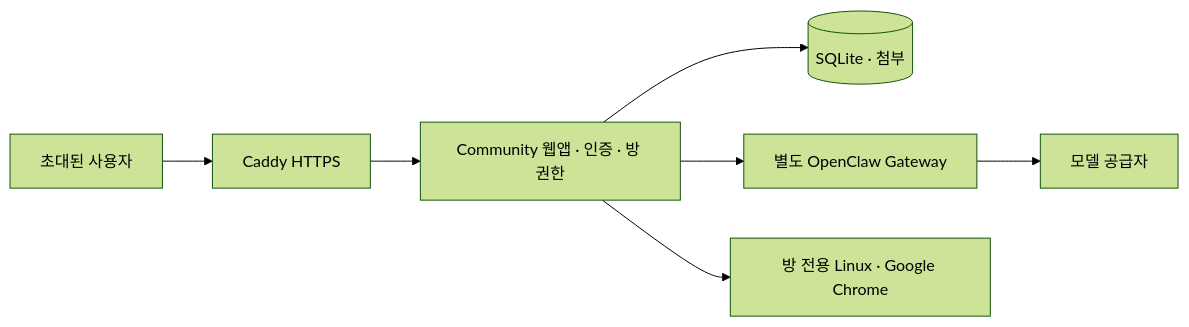
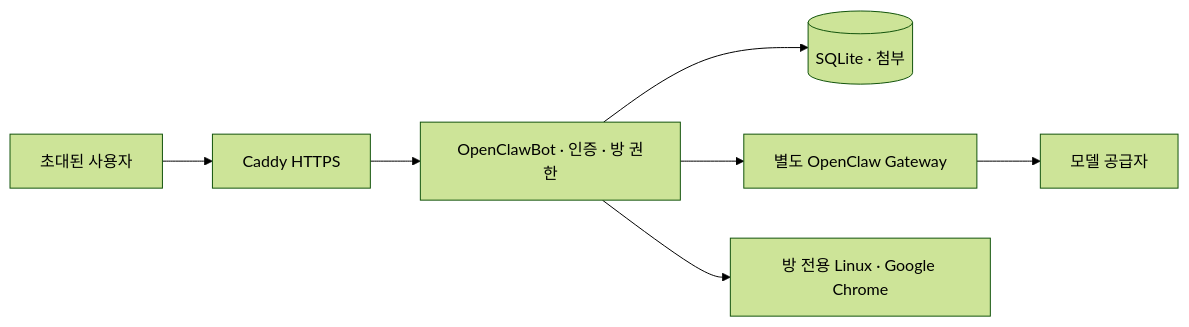
The diagram in README.md (minwoo19930301/OpenClawBot), drawn with Mermaid (forest theme) before and after one commit. The commit also changed other lines of this file, not shown here.

Commit message:
docs: showcase OpenClawBot with live screenshots

````diff
--- a/README.md
+++ b/README.md
@@ -31,9 +52,9 @@
 ```mermaid
 flowchart LR
     User[초대된 사용자] --> HTTPS[Caddy HTTPS]
-    HTTPS --> App[Community 웹앱 · 인증 · 방 권한]
+    HTTPS --> App[OpenClawBot · 인증 · 방 권한]
     App --> DB[(SQLite · 첨부)]
     App --> Gateway[별도 OpenClaw Gateway]
     Gateway --> Model[모델 공급자]
     App --> Desktop[방 전용 Linux · Google Chrome]
 ```
````
